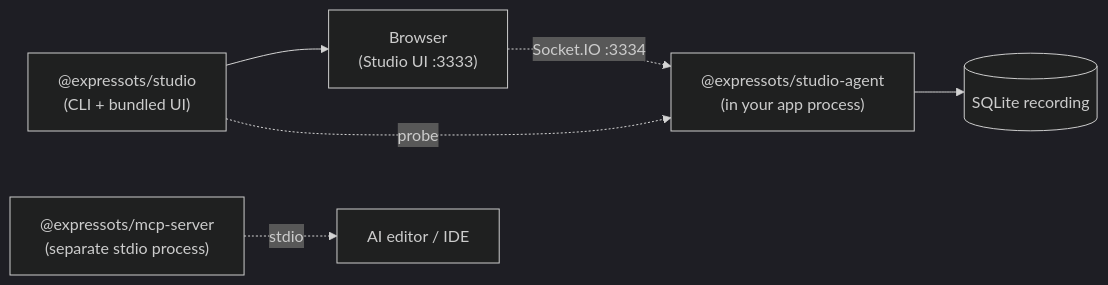
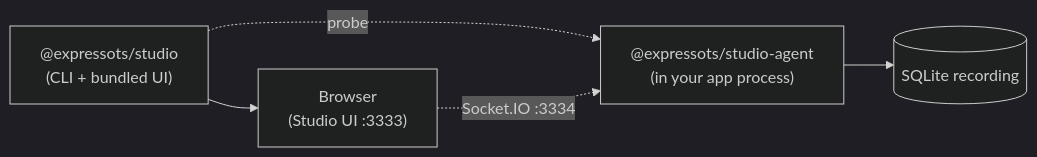
Before and after one commit to expressots/expresso-site-doc: the diagram in versioned_docs/version-4.0.0/studio/overview.mdx, drawn with Mermaid (dark theme). The commit also changed other lines of this file and 33 other files, not shown here.

````diff
--- a/versioned_docs/version-4.0.0/studio/overview.mdx
+++ b/versioned_docs/version-4.0.0/studio/overview.mdx
@@ -29,15 +29,12 @@
 ```mermaid
 flowchart LR
     cli["@expressots/studio<br/>(CLI + bundled UI)"]
     agent["@expressots/studio-agent<br/>(in your app process)"]
-    mcp["@expressots/mcp-server<br/>(separate stdio process)"]
     sqlite[(SQLite recording)]
     browser["Browser<br/>(Studio UI :3333)"]
-    editor["AI editor / IDE"]
 
     cli --> browser
     cli -. probe .-> agent
     browser -. "Socket.IO :3334" .-> agent
     agent --> sqlite
-    mcp -. "stdio" .-> editor
 ```
````
